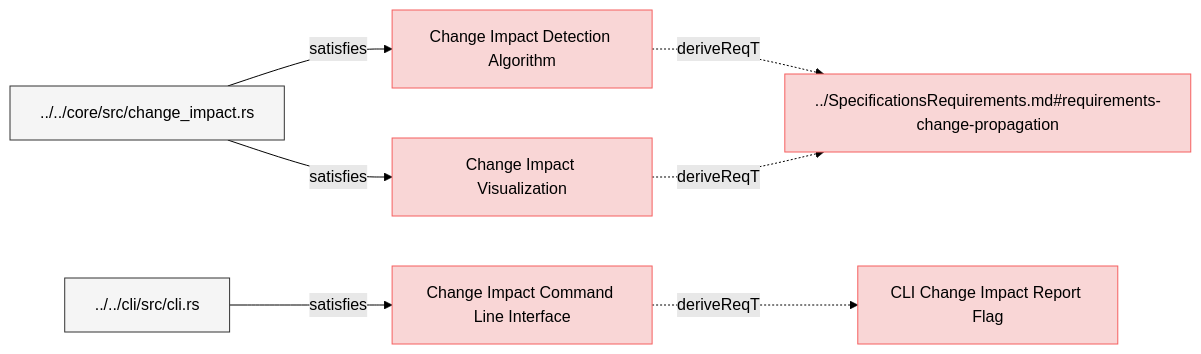
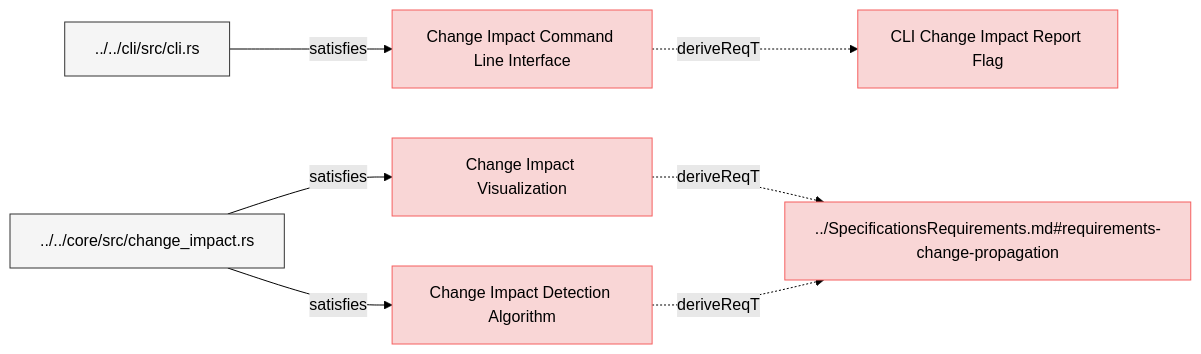
The diagram in specifications/SystemRequirements/ChangeImpactPropagation.md (reqvire-org/reqvire), drawn with Mermaid (forest theme) before and after one commit. The commit also changed other lines of this file and 14 other files, not shown here.

Commit message:
Diagram fixes

````diff
--- a/specifications/SystemRequirements/ChangeImpactPropagation.md
+++ b/specifications/SystemRequirements/ChangeImpactPropagation.md
@@ -6,36 +6,36 @@
 ```mermaid
 graph LR;
   %% Graph styling
   classDef requirement fill:#f9d6d6,stroke:#f55f5f,stroke-width:1px;
   classDef verification fill:#d6f9d6,stroke:#5fd75f,stroke-width:1px;
   classDef externalLink fill:#d0e0ff,stroke:#3080ff,stroke-width:1px;
   classDef default fill:#f5f5f5,stroke:#333333,stroke-width:1px;
 
-  d17b0775f448b19b["Change Impact Detection Algorithm"];
-  click d17b0775f448b19b "ChangeImpactPropagation.md#change-impact-detection-algorithm";
-  class d17b0775f448b19b requirement;
-  745439d5fc0154d1["../SpecificationsRequirements.md#requirements-change-propagation"];
-  class 745439d5fc0154d1 requirement;
-  click 745439d5fc0154d1 "../SpecificationsRequirements.md#requirements-change-propagation";
-  d17b0775f448b19b -.->|deriveReqT| 745439d5fc0154d1;
-  cc976e6bcded86e7["../../core/src/change_impact.rs"];
-  class cc976e6bcded86e7 default;
-  click cc976e6bcded86e7 "../../core/src/change_impact.rs";
-  cc976e6bcded86e7 -->|satisfies| d17b0775f448b19b;
-  c23729cc550de84b["Change Impact Visualization"];
-  click c23729cc550de84b "ChangeImpactPropagation.md#change-impact-visualization";
-  class c23729cc550de84b requirement;
-  c23729cc550de84b -.->|deriveReqT| 745439d5fc0154d1;
-  cc976e6bcded86e7 -->|satisfies| c23729cc550de84b;
   6e747b7f03732873["Change Impact Command Line Interface"];
   click 6e747b7f03732873 "ChangeImpactPropagation.md#change-impact-command-line-interface";
   class 6e747b7f03732873 requirement;
   665b7456c9b61ded["CLI Change Impact Report Flag"];
   class 665b7456c9b61ded requirement;
   click 665b7456c9b61ded "Requirements.md#cli-change-impact-report-flag";
   6e747b7f03732873 -.->|deriveReqT| 665b7456c9b61ded;
   11ffc4632afd7c4c["../../cli/src/cli.rs"];
   class 11ffc4632afd7c4c default;
   click 11ffc4632afd7c4c "../../cli/src/cli.rs";
   11ffc4632afd7c4c -->|satisfies| 6e747b7f03732873;
+  c23729cc550de84b["Change Impact Visualization"];
+  click c23729cc550de84b "ChangeImpactPropagation.md#change-impact-visualization";
+  class c23729cc550de84b requirement;
+  745439d5fc0154d1["../SpecificationsRequirements.md#requirements-change-propagation"];
+  class 745439d5fc0154d1 requirement;
+  click 745439d5fc0154d1 "../SpecificationsRequirements.md#requirements-change-propagation";
+  c23729cc550de84b -.->|deriveReqT| 745439d5fc0154d1;
+  cc976e6bcded86e7["../../core/src/change_impact.rs"];
+  class cc976e6bcded86e7 default;
+  click cc976e6bcded86e7 "../../core/src/change_impact.rs";
+  cc976e6bcded86e7 -->|satisfies| c23729cc550de84b;
+  d17b0775f448b19b["Change Impact Detection Algorithm"];
+  click d17b0775f448b19b "ChangeImpactPropagation.md#change-impact-detection-algorithm";
+  class d17b0775f448b19b requirement;
+  d17b0775f448b19b -.->|deriveReqT| 745439d5fc0154d1;
+  cc976e6bcded86e7 -->|satisfies| d17b0775f448b19b;
 ```
````
